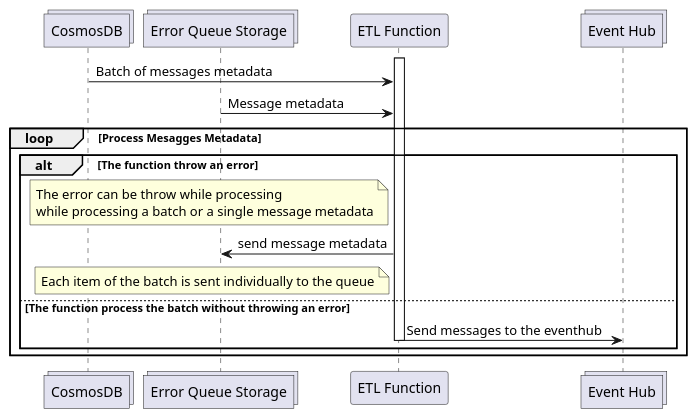
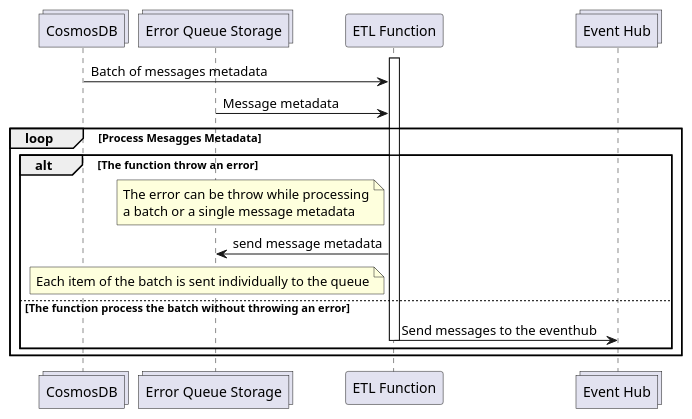
Before and after one commit to pagopa/io-messages: the diagram in apps/etl-func/docs/messages-ingestion/messages-ingestion-error-handling.puml, drawn with PlantUML.

```diff
--- a/apps/etl-func/docs/messages-ingestion/messages-ingestion-error-handling.puml
+++ b/apps/etl-func/docs/messages-ingestion/messages-ingestion-error-handling.puml
@@ -1,31 +1,31 @@
 @startuml messages-ingestion-error-handling
 collections "CosmosDB" as CosmosDB
 collections "Error Queue Storage" as ErrorQueueStorage
 participant "ETL Function" as etlFunc
 collections "Event Hub" as EventHub
 
 activate etlFunc
 CosmosDB -> etlFunc: Batch of messages metadata
 ' note left of etlFunc
 '     A batch of is sent to the ETL function
 ' end note
 ErrorQueueStorage -> etlFunc: Message metadata
 
 
 loop Process Mesagges Metadata
   alt The function throw an error
     note left of etlFunc
      The error can be throw while processing
-     while processing a batch or a single message metadata
+     a batch or a single message metadata
     end note
     etlFunc -> ErrorQueueStorage: send message metadata
     note left of etlFunc
         Each item of the batch is sent individually to the queue
     end note
   else The function process the batch without throwing an error
     etlFunc -> EventHub: Send messages to the eventhub
     deactivate etlFunc
   end
 end
 
 @enduml
```
